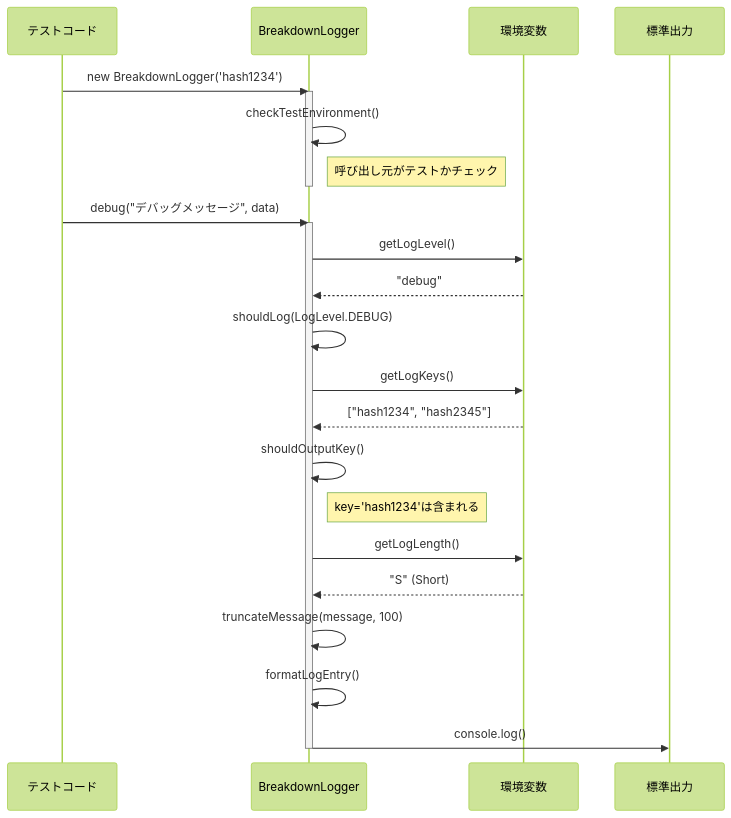
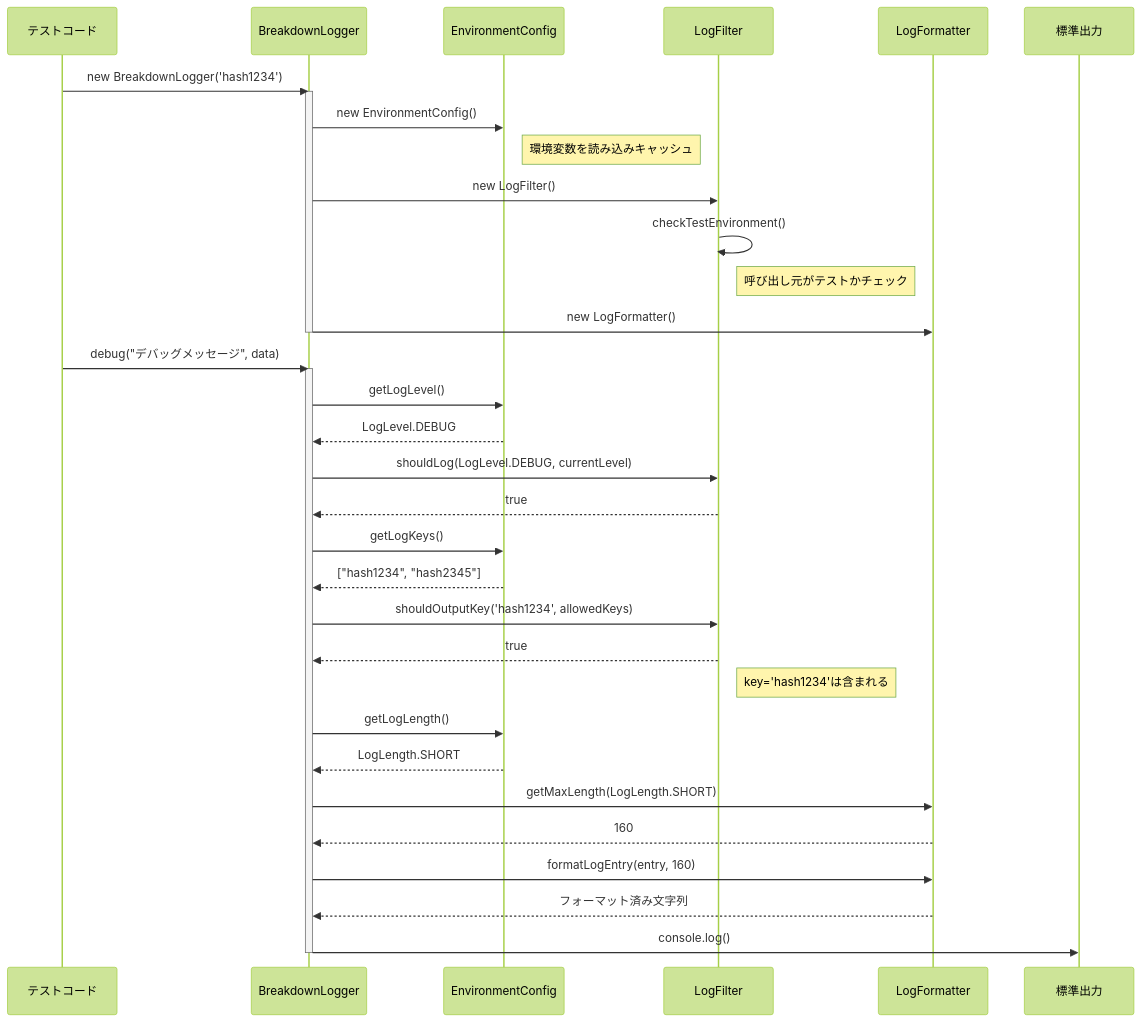
Before and after one commit to tettuan/breakdownlogger: the third of 6 diagrams in docs/development.ja.md, drawn with Mermaid (forest theme). The commit also changed other lines of this file and 9 other files, not shown here.

````diff
--- a/docs/development.ja.md
+++ b/docs/development.ja.md
@@ -123,32 +147,42 @@
 ```mermaid
 sequenceDiagram
     participant Test as テストコード
     participant Logger as BreakdownLogger
-    participant Env as 環境変数
+    participant EnvConfig as EnvironmentConfig
+    participant Filter as LogFilter
+    participant Formatter as LogFormatter
     participant Console as 標準出力
 
     Test->>Logger: new BreakdownLogger('hash1234')
     activate Logger
-    Logger->>Logger: checkTestEnvironment()
-    Note right of Logger: 呼び出し元がテストかチェック
+    Logger->>EnvConfig: new EnvironmentConfig()
+    Note right of EnvConfig: 環境変数を読み込みキャッシュ
+    Logger->>Filter: new LogFilter()
+    Filter->>Filter: checkTestEnvironment()
+    Note right of Filter: 呼び出し元がテストかチェック
+    Logger->>Formatter: new LogFormatter()
     deactivate Logger
-    
+
     Test->>Logger: debug("デバッグメッセージ", data)
     activate Logger
-    Logger->>Env: getLogLevel()
-    Env-->>Logger: "debug"
-    Logger->>Logger: shouldLog(LogLevel.DEBUG)
-    
-    Logger->>Env: getLogKeys()
-    Env-->>Logger: ["hash1234", "hash2345"]
-    Logger->>Logger: shouldOutputKey()
-    Note right of Logger: key='hash1234'は含まれる
-    
-    Logger->>Env: getLogLength()
-    Env-->>Logger: "S" (Short)
-    Logger->>Logger: truncateMessage(message, 100)
-    
-    Logger->>Logger: formatLogEntry()
+    Logger->>EnvConfig: getLogLevel()
+    EnvConfig-->>Logger: LogLevel.DEBUG
+    Logger->>Filter: shouldLog(LogLevel.DEBUG, currentLevel)
+    Filter-->>Logger: true
+
+    Logger->>EnvConfig: getLogKeys()
+    EnvConfig-->>Logger: ["hash1234", "hash2345"]
+    Logger->>Filter: shouldOutputKey('hash1234', allowedKeys)
+    Filter-->>Logger: true
+    Note right of Filter: key='hash1234'は含まれる
+
+    Logger->>EnvConfig: getLogLength()
+    EnvConfig-->>Logger: LogLength.SHORT
+    Logger->>Formatter: getMaxLength(LogLength.SHORT)
+    Formatter-->>Logger: 160
+    Logger->>Formatter: formatLogEntry(entry, 160)
+    Formatter-->>Logger: フォーマット済み文字列
+
     Logger->>Console: console.log()
     deactivate Logger
 ```
````
